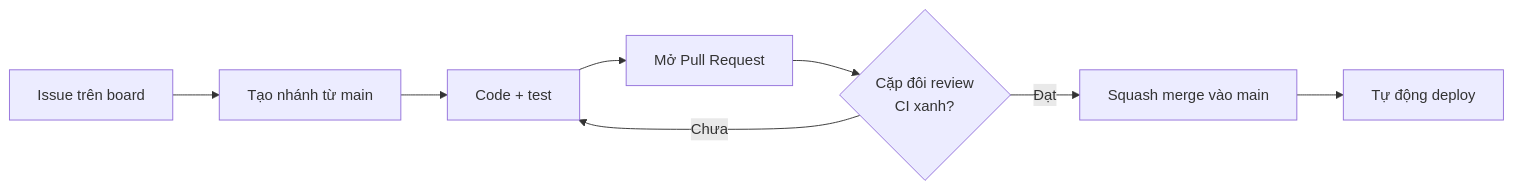
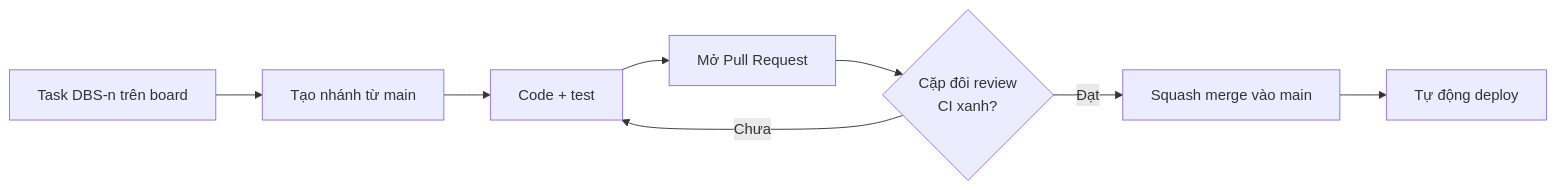
The diagram in CONTRIBUTING.md (Lawliet119/digital-banking-simulator), drawn with Mermaid before and after one commit. The commit also changed other lines of this file and 66 other files, not shown here.

````diff
--- a/CONTRIBUTING.md
+++ b/CONTRIBUTING.md
@@ -5,6 +5,6 @@
 ```mermaid
 flowchart LR
-    I[Issue trên board] --> B[Tạo nhánh từ main] --> C[Code + test] --> P[Mở Pull Request] --> R{Cặp đôi review<br/>CI xanh?}
+    I[Task DBS-n trên board] --> B[Tạo nhánh từ main] --> C[Code + test] --> P[Mở Pull Request] --> R{Cặp đôi review<br/>CI xanh?}
     R -- Chưa --> C
     R -- Đạt --> M[Squash merge vào main] --> D[Tự động deploy]
 ```
````
